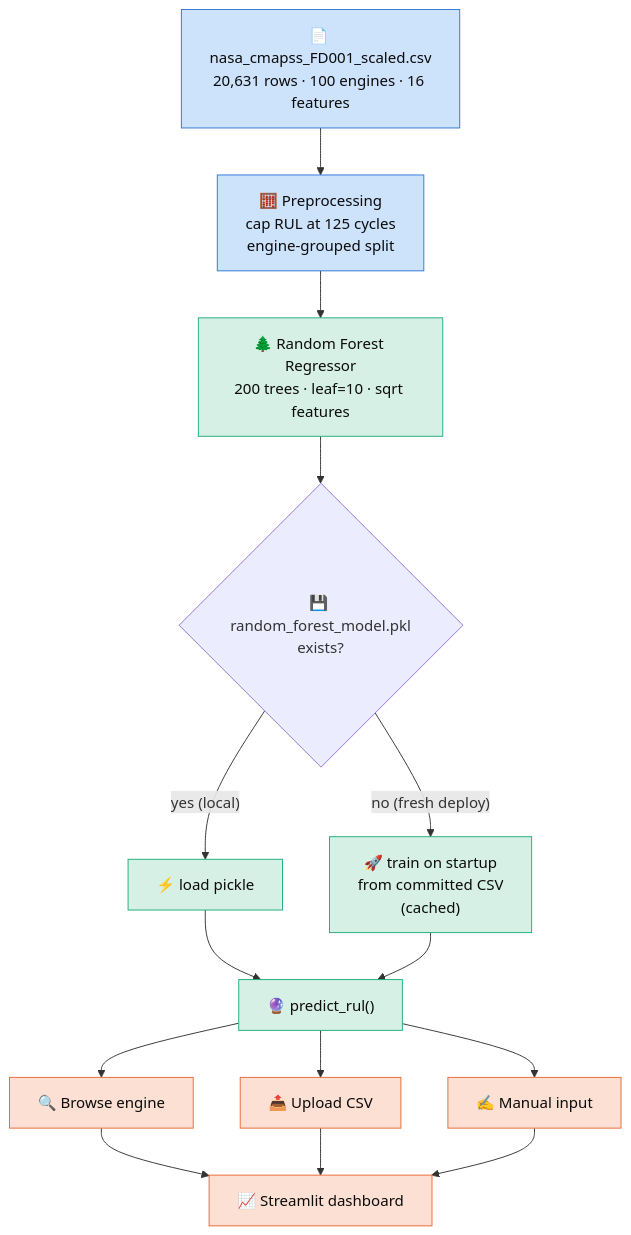
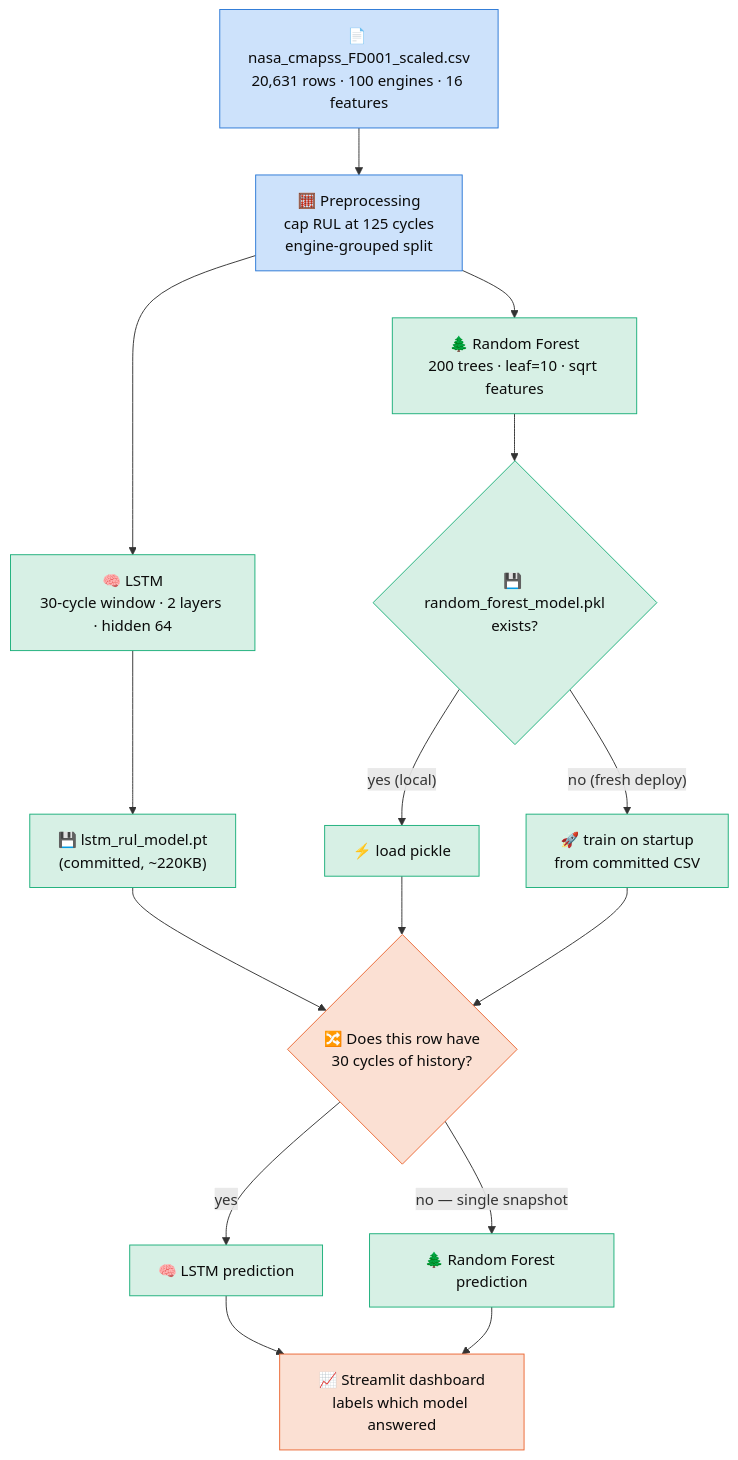
The first of 2 diagrams in README.md (William-franklyn/Jet-Engine-Predictive-Maintenance-ML), drawn with Mermaid before and after one commit. The commit also changed other lines of this file and 10 other files, not shown here.

First line of the commit message:
Serve LSTM from the dashboard; document 3-environment reproduction

````diff
--- a/README.md
+++ b/README.md
@@ -102,23 +128,26 @@
 ```mermaid
 flowchart TD
     A["📄 nasa_cmapss_FD001_scaled.csv<br/>20,631 rows · 100 engines · 16 features"] --> B["🧮 Preprocessing<br/>cap RUL at 125 cycles<br/>engine-grouped split"]
-    B --> C["🌲 Random Forest Regressor<br/>200 trees · leaf=10 · sqrt features"]
-    C --> D{"💾 random_forest_model.pkl<br/>exists?"}
-    D -- "yes (local)" --> E["⚡ load pickle"]
-    D -- "no (fresh deploy)" --> F["🚀 train on startup<br/>from committed CSV<br/>(cached)"]
-    E --> G["🔮 predict_rul()"]
-    F --> G
-    G --> H1["🔍 Browse engine"]
-    G --> H2["📤 Upload CSV"]
-    G --> H3["✍️ Manual input"]
-    H1 --> I["📈 Streamlit dashboard"]
-    H2 --> I
-    H3 --> I
+    B --> C1["🧠 LSTM<br/>30-cycle window · 2 layers · hidden 64"]
+    B --> C2["🌲 Random Forest<br/>200 trees · leaf=10 · sqrt features"]
+    C1 --> D1["💾 lstm_rul_model.pt<br/>(committed, ~220KB)"]
+    C2 --> D2{"💾 random_forest_model.pkl<br/>exists?"}
+    D2 -- "no (fresh deploy)" --> F["🚀 train on startup<br/>from committed CSV"]
+    D2 -- "yes (local)" --> E["⚡ load pickle"]
+
+    D1 --> R{"🔀 Does this row have<br/>30 cycles of history?"}
+    E --> R
+    F --> R
+    R -- "yes" --> P1["🧠 LSTM prediction"]
+    R -- "no — single snapshot" --> P2["🌲 Random Forest prediction"]
+
+    P1 --> I["📈 Streamlit dashboard<br/>labels which model answered"]
+    P2 --> I
 
     classDef data fill:#cde2fb,stroke:#2a78d6,color:#0b0b0b;
     classDef model fill:#d7f0e5,stroke:#1baf7a,color:#0b0b0b;
     classDef app fill:#fbe0d3,stroke:#eb6834,color:#0b0b0b;
     class A,B data;
-    class C,E,F,G model;
-    class H1,H2,H3,I app;
+    class C1,C2,D1,D2,E,F,P1,P2 model;
+    class R,I app;
 ```
````
